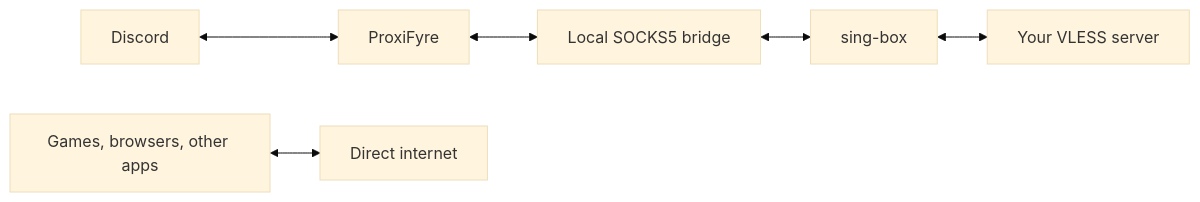
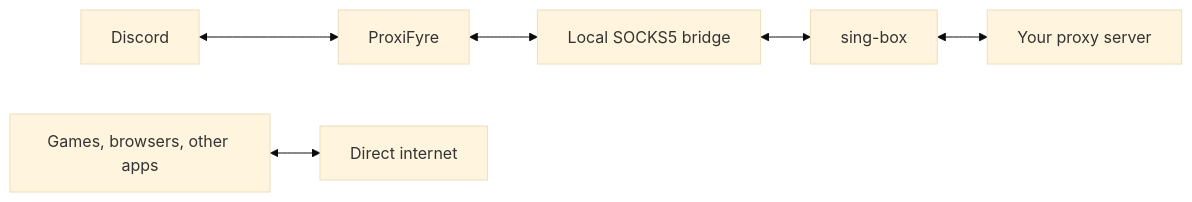
The diagram in README.md (AlirezaZexter/disroute), drawn with Mermaid (base theme) before and after one commit. The commit also changed other lines of this file and 19 other files, not shown here.

````diff
--- a/README.md
+++ b/README.md
@@ -43,8 +44,8 @@
 ```mermaid
 flowchart LR
     D[Discord] <--> P[ProxiFyre]
     P <--> S[Local SOCKS5 bridge]
     S <--> V[sing-box]
-    V <--> R[Your VLESS server]
+    V <--> R[Your proxy server]
     O[Games, browsers, other apps] <--> I[Direct internet]
 ```
````
